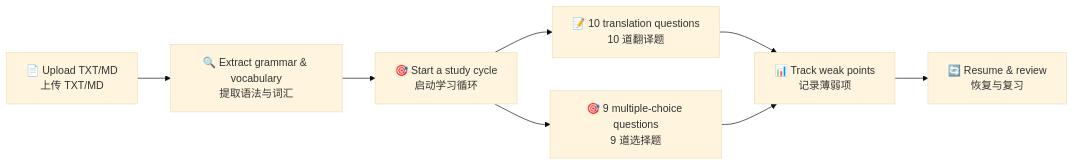
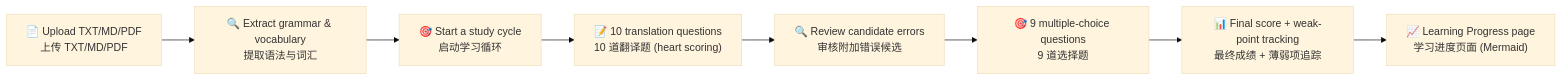
The diagram in README.md (palmzhang2019/lingua-web), drawn with Mermaid (base theme) before and after one commit. The commit also changed other lines of this file and 1 other file, not shown here.

````diff
--- a/README.md
+++ b/README.md
@@ -10,10 +10,10 @@
 ```mermaid
 flowchart LR
-  A["📄 Upload TXT/MD<br>上传 TXT/MD"] --> B["🔍 Extract grammar & vocabulary<br>提取语法与词汇"]
+  A["📄 Upload TXT/MD/PDF<br>上传 TXT/MD/PDF"] --> B["🔍 Extract grammar & vocabulary<br>提取语法与词汇"]
   B --> C["🎯 Start a study cycle<br>启动学习循环"]
-  C --> D["📝 10 translation questions<br>10 道翻译题"]
-  C --> E["🎯 9 multiple-choice questions<br>9 道选择题"]
-  D --> F["📊 Track weak points<br>记录薄弱项"]
-  E --> F
-  F --> G["🔄 Resume & review<br>恢复与复习"]
+  C --> D["📝 10 translation questions<br>10 道翻译题 (heart scoring)"]
+  D --> E["🔍 Review candidate errors<br>审核附加错误候选"]
+  E --> F["🎯 9 multiple-choice questions<br>9 道选择题"]
+  F --> G["📊 Final score + weak-point tracking<br>最终成绩 + 薄弱项追踪"]
+  G --> H["📈 Learning Progress page<br>学习进度页面 (Mermaid)"]
 ```
````
